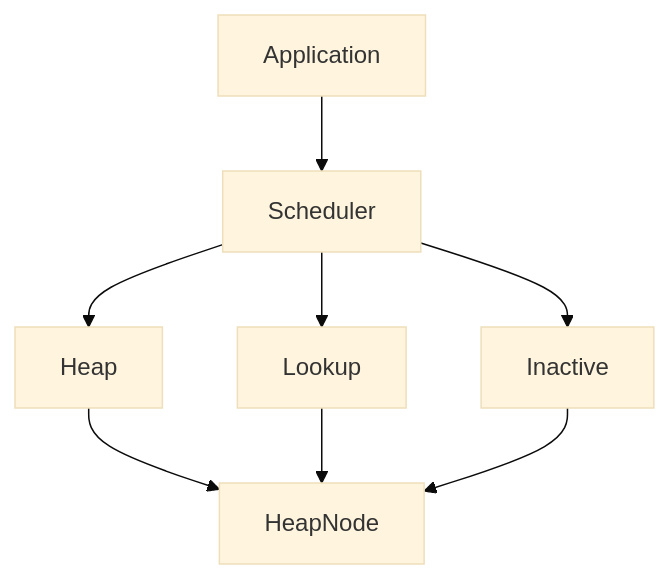
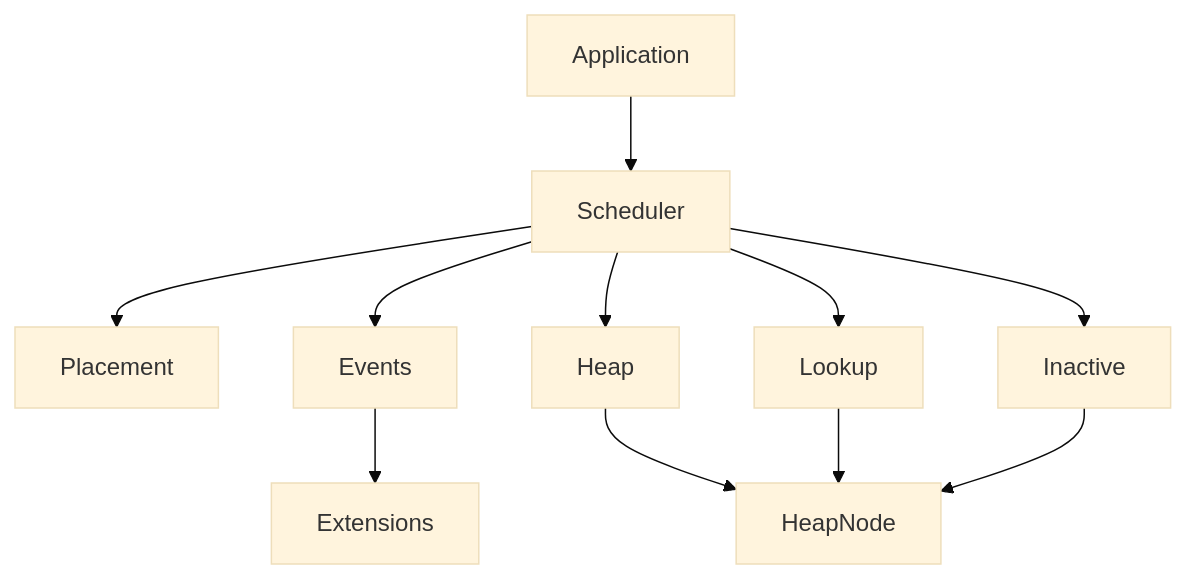
Before and after one commit to phero20/concurrent-resource-scheduler: the first of 4 diagrams in ARCHITECTURE.md, drawn with Mermaid (base theme). The commit also changed other lines of this file and 44 other files, not shown here.

````diff
--- a/ARCHITECTURE.md
+++ b/ARCHITECTURE.md
@@ -74,10 +7,13 @@
 ```mermaid
 flowchart TD
     Application --> Scheduler
+    Scheduler --> Placement
+    Scheduler --> Events
     Scheduler --> Heap
     Scheduler --> Lookup
     Scheduler --> Inactive
     Heap --> HeapNode
     Lookup --> HeapNode
     Inactive --> HeapNode
+    Events --> Extensions
 ```
````
